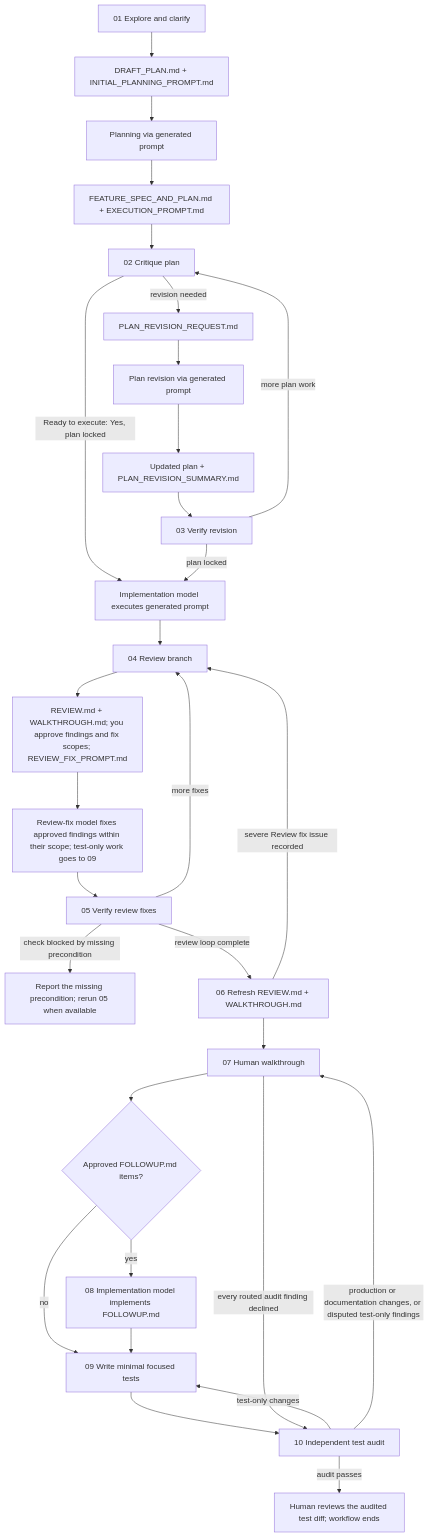
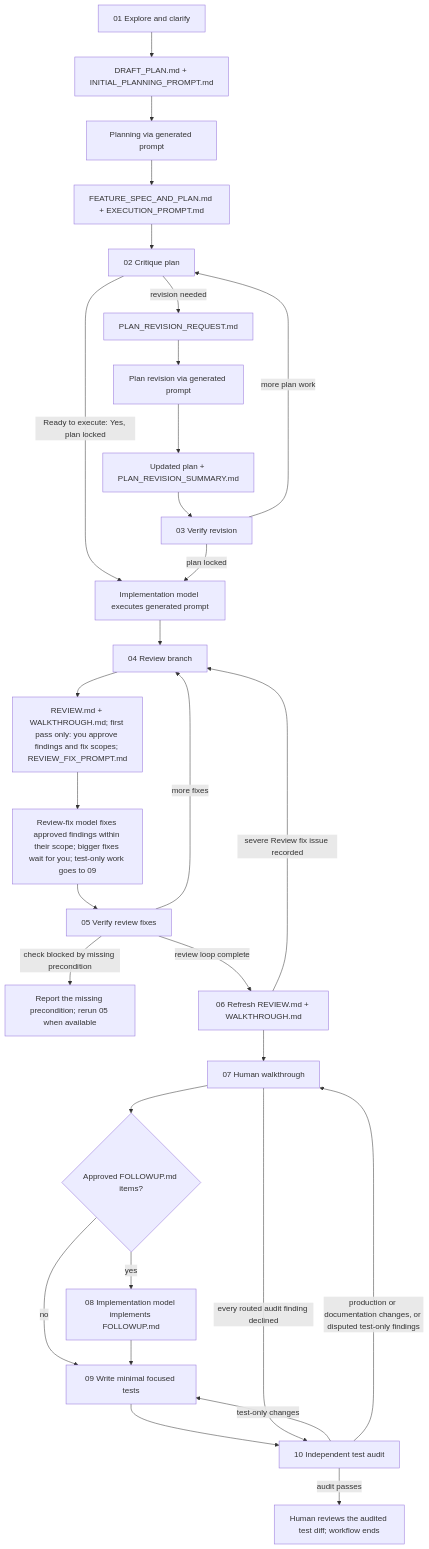
The diagram in README.md (viseshrp/ai-coding-workflow), drawn with Mermaid before and after one commit. The commit also changed other lines of this file and 5 other files, not shown here.

First line of the commit message:
Ask about review findings once, then keep the fix loop hands-off

````diff
--- a/README.md
+++ b/README.md
@@ -9,32 +9,32 @@
 ```mermaid
 flowchart TD
     A["01 Explore and clarify"] --> B["DRAFT_PLAN.md + INITIAL_PLANNING_PROMPT.md"]
     B --> C["Planning via generated prompt"]
     C --> D["FEATURE_SPEC_AND_PLAN.md + EXECUTION_PROMPT.md"]
     D --> E["02 Critique plan"]
     E -- "revision needed" --> F["PLAN_REVISION_REQUEST.md"]
     E -- "Ready to execute: Yes, plan locked" --> J
     F --> G["Plan revision via generated prompt"]
     G --> H["Updated plan + PLAN_REVISION_SUMMARY.md"]
     H --> I["03 Verify revision"]
     I -- "more plan work" --> E
     I -- "plan locked" --> J["Implementation model executes generated prompt"]
     J --> K["04 Review branch"]
-    K --> L["REVIEW.md + WALKTHROUGH.md; you approve findings and fix scopes; REVIEW_FIX_PROMPT.md"]
-    L --> M["Review-fix model fixes approved findings within their scope; test-only work goes to 09"]
+    K --> L["REVIEW.md + WALKTHROUGH.md; first pass only: you approve findings and fix scopes; REVIEW_FIX_PROMPT.md"]
+    L --> M["Review-fix model fixes approved findings within their scope; bigger fixes wait for you; test-only work goes to 09"]
     M --> N["05 Verify review fixes"]
     N -- "more fixes" --> K
     N -- "check blocked by missing precondition" --> V["Report the missing precondition; rerun 05 when available"]
     N -- "review loop complete" --> O["06 Refresh REVIEW.md + WALKTHROUGH.md"]
     O -- "severe Review fix issue recorded" --> K
     O --> P["07 Human walkthrough"]
     P --> Q{"Approved FOLLOWUP.md items?"}
     Q -- "yes" --> R["08 Implementation model implements FOLLOWUP.md"]
     Q -- "no" --> S["09 Write minimal focused tests"]
     R --> S
     S --> T["10 Independent test audit"]
     T -- "test-only changes" --> S
     T -- "production or documentation changes, or disputed test-only findings" --> P
     P -- "every routed audit finding declined" --> T
     T -- "audit passes" --> U["Human reviews the audited test diff; workflow ends"]
 ```
````
